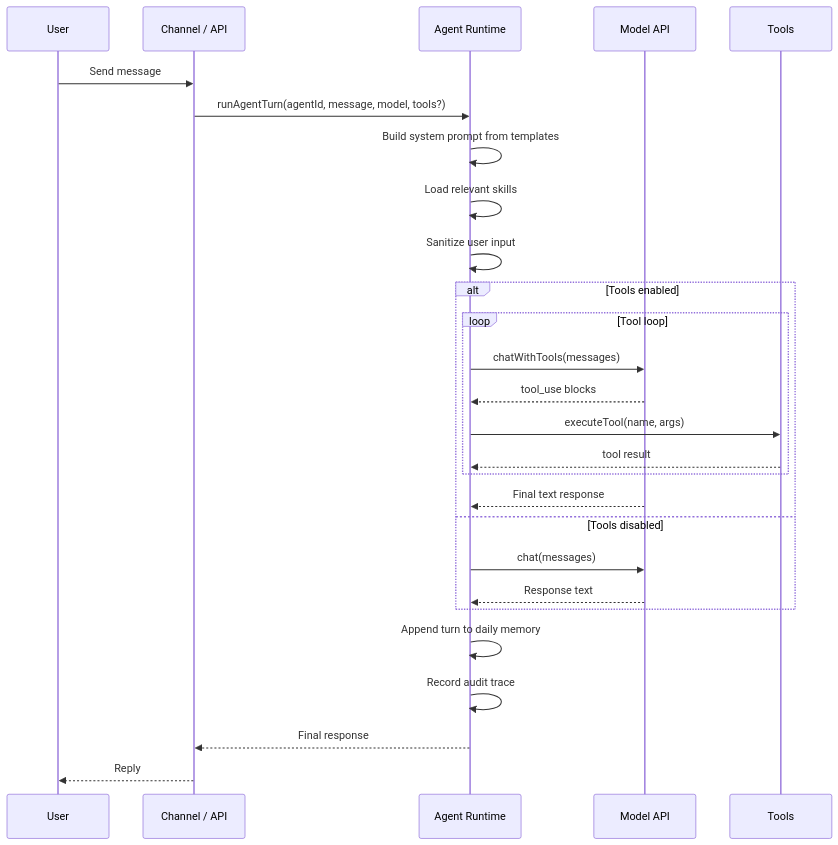
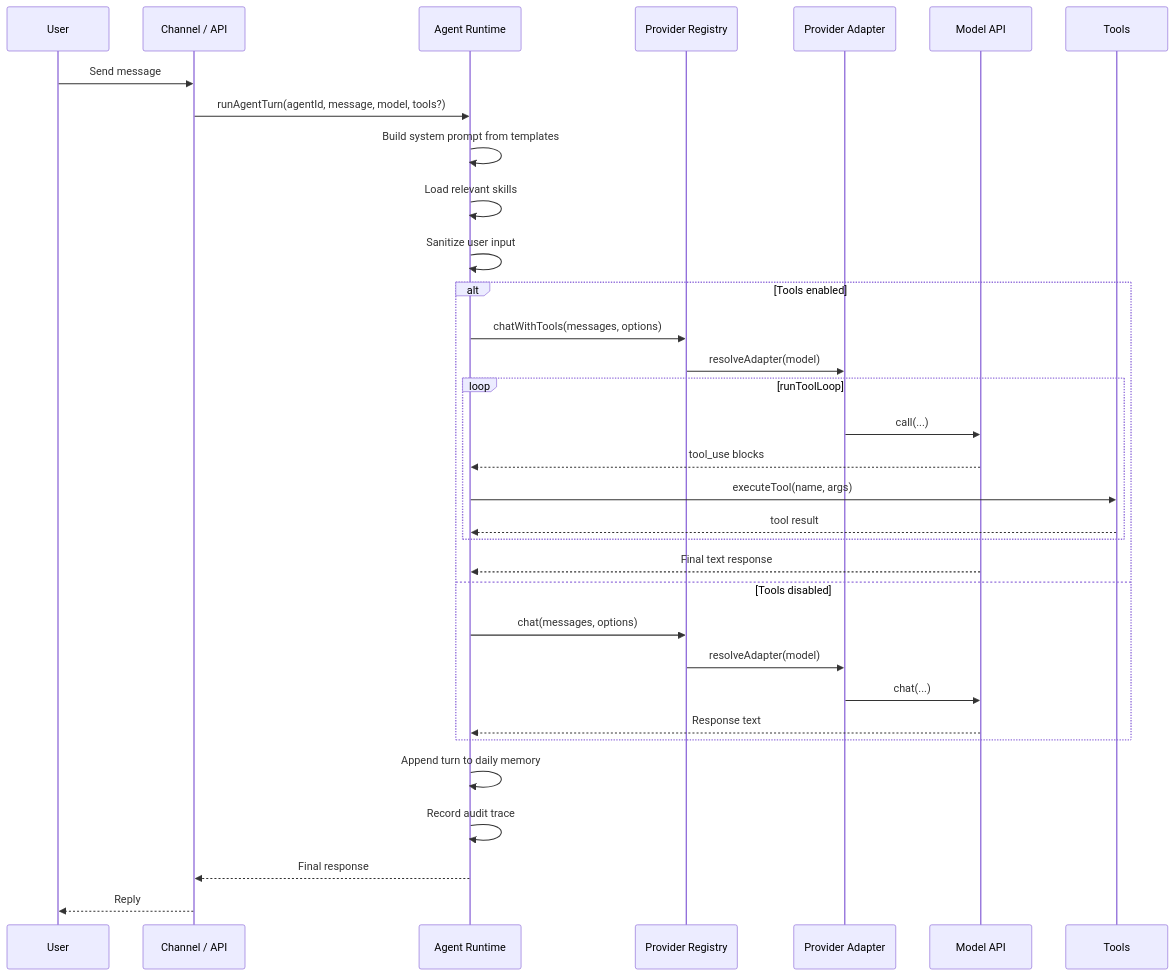
The second of 7 diagrams in docs/guide/architecture.md (kat3samsin/skimpyclaw), drawn with Mermaid before and after one commit. The commit also changed other lines of this file and 7 other files, not shown here.

Commit message:
docs: update architecture for unified tool loop and provider registry

````diff
--- a/docs/guide/architecture.md
+++ b/docs/guide/architecture.md
@@ -112,30 +112,36 @@
 ```mermaid
 sequenceDiagram
   participant U as User
   participant C as Channel / API
   participant A as Agent Runtime
+  participant R as Provider Registry
+  participant P as Provider Adapter
   participant M as Model API
   participant T as Tools
 
   U->>C: Send message
   C->>A: runAgentTurn(agentId, message, model, tools?)
   A->>A: Build system prompt from templates
   A->>A: Load relevant skills
   A->>A: Sanitize user input
   alt Tools enabled
-    loop Tool loop
-      A->>M: chatWithTools(messages)
+    A->>R: chatWithTools(messages, options)
+    R->>P: resolveAdapter(model)
+    loop runToolLoop
+      P->>M: call(...)
       M-->>A: tool_use blocks
       A->>T: executeTool(name, args)
       T-->>A: tool result
     end
     M-->>A: Final text response
   else Tools disabled
-    A->>M: chat(messages)
+    A->>R: chat(messages, options)
+    R->>P: resolveAdapter(model)
+    P->>M: chat(...)
     M-->>A: Response text
   end
   A->>A: Append turn to daily memory
   A->>A: Record audit trace
   A-->>C: Final response
   C-->>U: Reply
 ```
````
